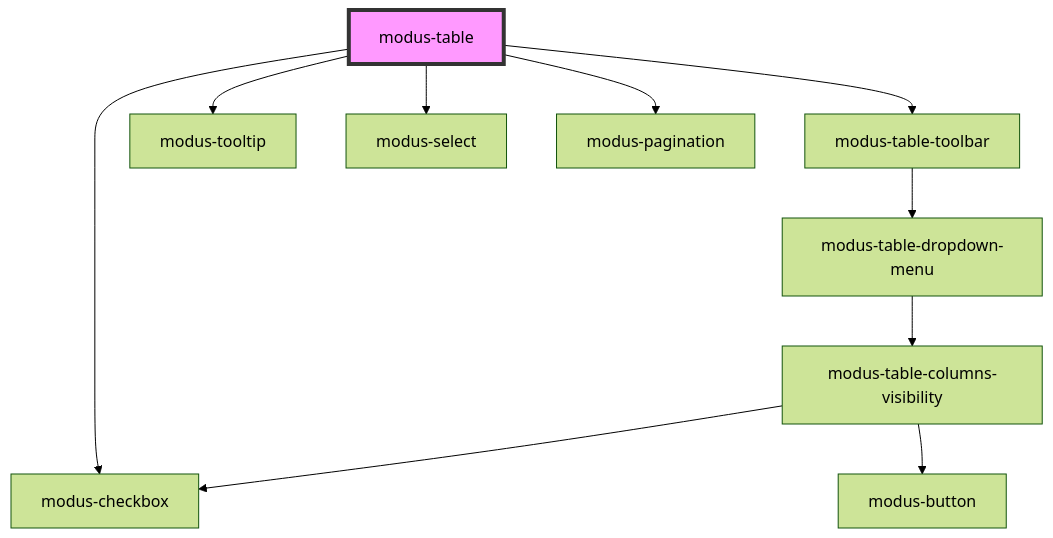
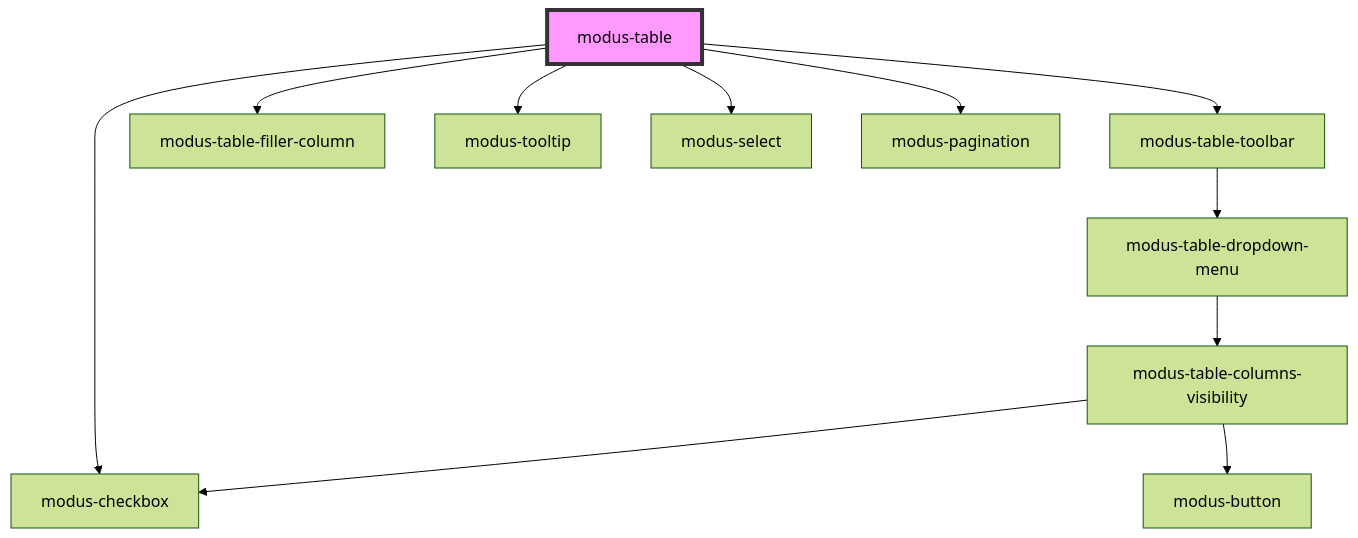
One commit to trimble-oss/modus-web-components changed the diagram in stencil-workspace/src/components/modus-table/readme.md. Above: the diagram before and after it, drawn with Mermaid (forest theme). The commit also changed other lines of this file and 13 other files, not shown here.

First line of the commit message:
Added a filler column to the Modus Table Component

````diff
--- a/stencil-workspace/src/components/modus-table/readme.md
+++ b/stencil-workspace/src/components/modus-table/readme.md
@@ -85,13 +86,14 @@
 ```mermaid
 graph TD;
+  modus-table --> modus-table-toolbar
+  modus-table --> modus-table-filler-column
   modus-table --> modus-checkbox
-  modus-table --> modus-table-toolbar
   modus-table --> modus-tooltip
   modus-table --> modus-select
   modus-table --> modus-pagination
   modus-table-toolbar --> modus-table-dropdown-menu
   modus-table-dropdown-menu --> modus-table-columns-visibility
   modus-table-columns-visibility --> modus-checkbox
   modus-table-columns-visibility --> modus-button
   style modus-table fill:#f9f,stroke:#333,stroke-width:4px
 ```
````
